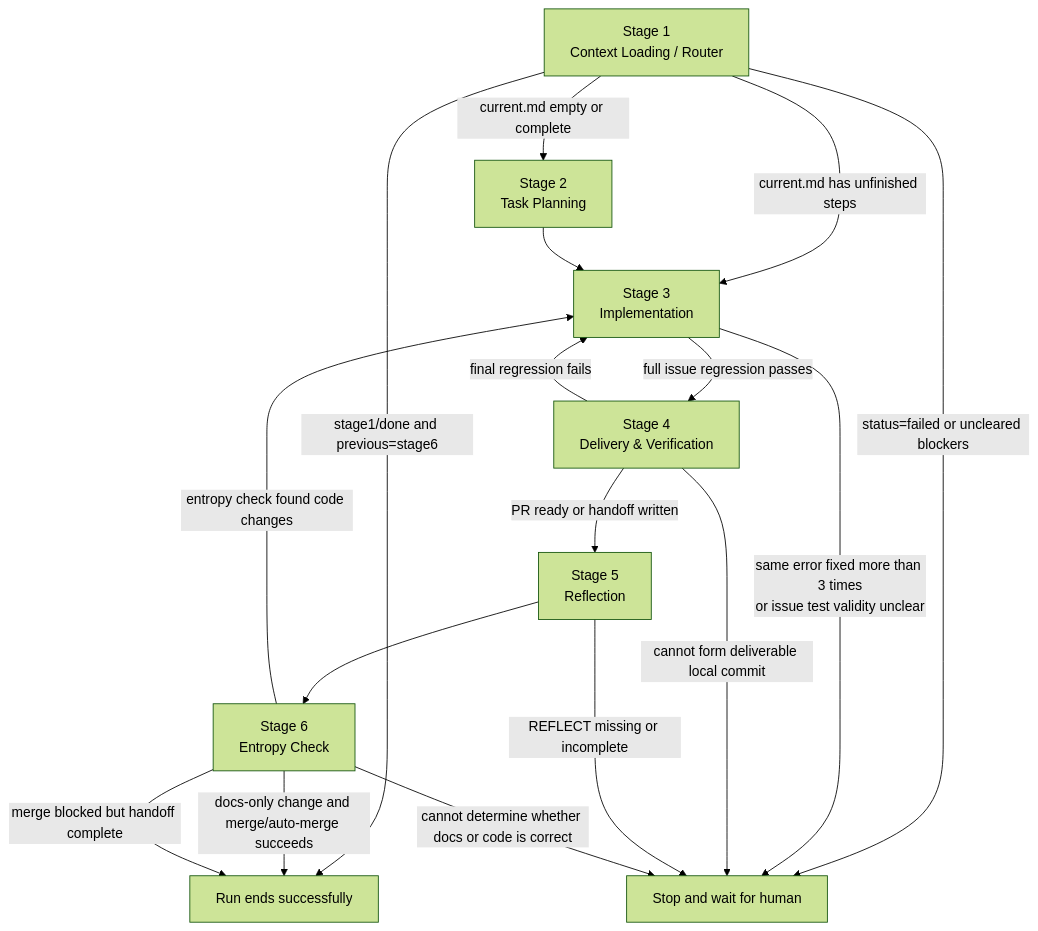
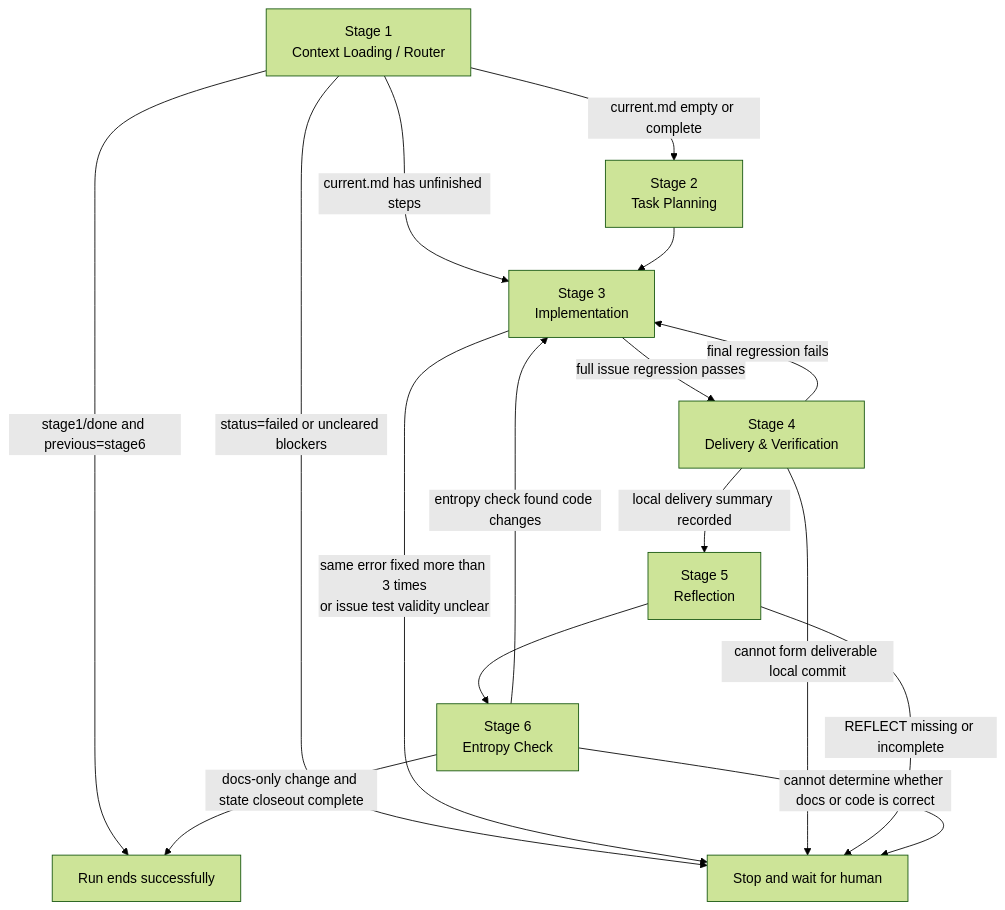
One commit to MrLvT/Agent-Workflow-Template changed the second of 2 diagrams in README.en.md. Above: the diagram before and after it, drawn with Mermaid (forest theme). The commit also changed other lines of this file and 42 other files, not shown here.

````diff
--- a/README.en.md
+++ b/README.en.md
@@ -316,24 +314,23 @@
 ```mermaid
 flowchart TD
     S1["Stage 1<br/>Context Loading / Router"] -->|current.md empty or complete| S2["Stage 2<br/>Task Planning"]
     S1 -->|current.md has unfinished steps| S3["Stage 3<br/>Implementation"]
     S1 -->|status=failed or uncleared blockers| STOP["Stop and wait for human"]
     S1 -->|stage1/done and previous=stage6| END["Run ends successfully"]
 
     S2 --> S3
 
     S3 -->|full issue regression passes| S4["Stage 4<br/>Delivery & Verification"]
     S3 -->|same error fixed more than 3 times<br/>or issue test validity unclear| STOP
 
     S4 -->|final regression fails| S3
-    S4 -->|PR ready or handoff written| S5["Stage 5<br/>Reflection"]
+    S4 -->|local delivery summary recorded| S5["Stage 5<br/>Reflection"]
     S4 -->|cannot form deliverable local commit| STOP
 
     S5 --> S6["Stage 6<br/>Entropy Check"]
     S5 -->|REFLECT missing or incomplete| STOP
 
-    S6 -->|docs-only change and merge/auto-merge succeeds| END
-    S6 -->|merge blocked but handoff complete| END
+    S6 -->|docs-only change and state closeout complete| END
     S6 -->|entropy check found code changes| S3
     S6 -->|cannot determine whether docs or code is correct| STOP
 ```
````
